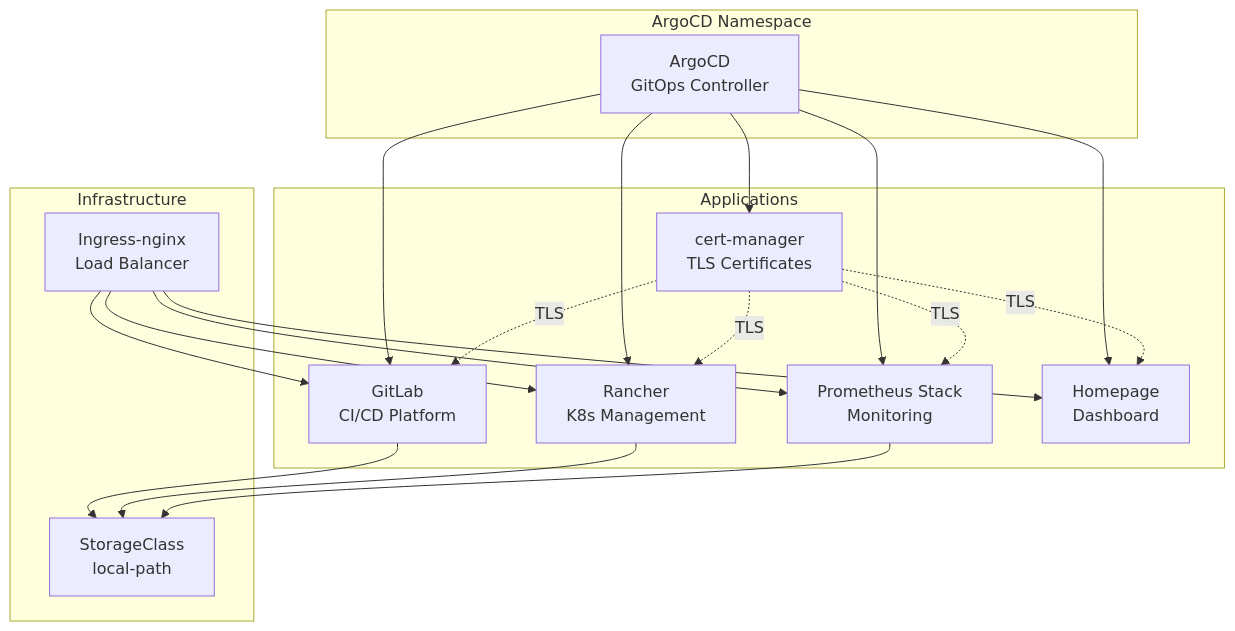
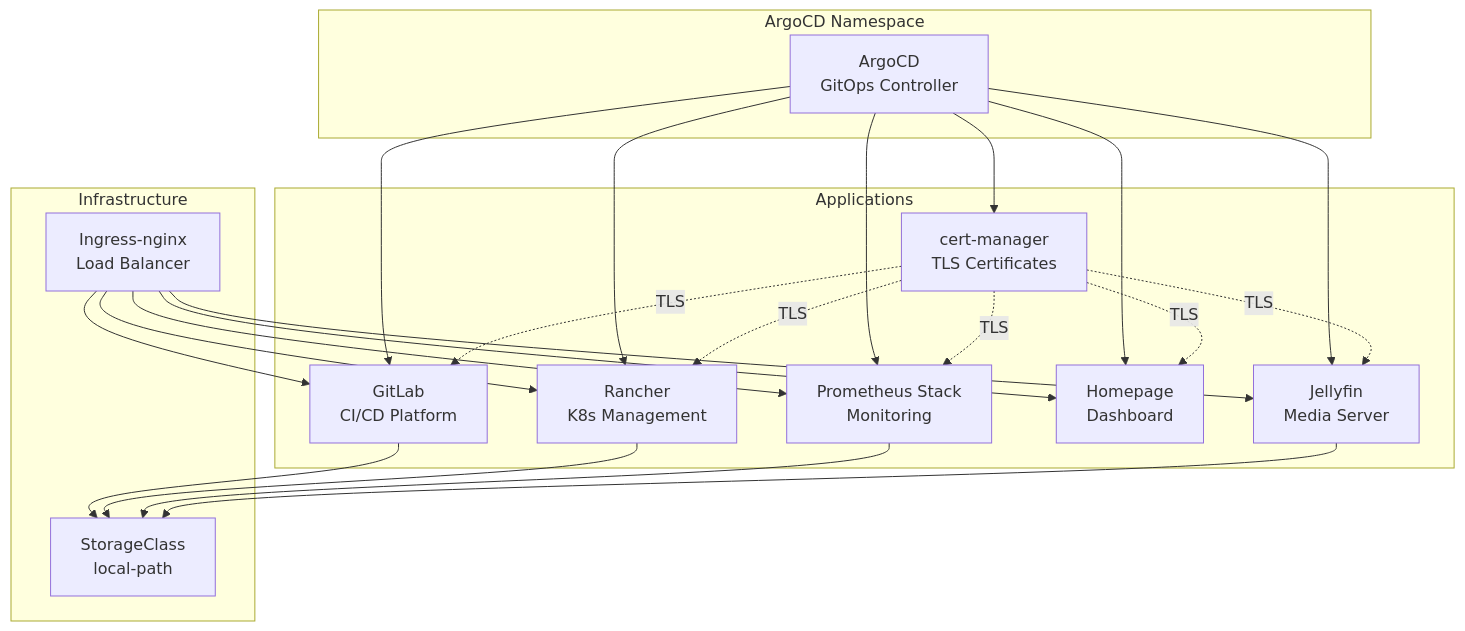
Before and after one commit to mistermedved01/lab-home: the diagram in 03-argocd/README.md, drawn with Mermaid. The commit also changed other lines of this file and 8 other files, not shown here.

````diff
--- a/03-argocd/README.md
+++ b/03-argocd/README.md
@@ -325,39 +355,44 @@
 ```mermaid
 graph TB
     subgraph "ArgoCD Namespace"
         ArgoCD[ArgoCD<br/>GitOps Controller]
     end
     
     subgraph "Applications"
         CertManager[cert-manager<br/>TLS Certificates]
         GitLab[GitLab<br/>CI/CD Platform]
         Rancher[Rancher<br/>K8s Management]
         Prometheus[Prometheus Stack<br/>Monitoring]
         Homepage[Homepage<br/>Dashboard]
+        Jellyfin[Jellyfin<br/>Media Server]
     end
     
     subgraph "Infrastructure"
         Ingress[Ingress-nginx<br/>Load Balancer]
         Storage[StorageClass<br/>local-path]
     end
     
     ArgoCD --> CertManager
     ArgoCD --> GitLab
     ArgoCD --> Rancher
     ArgoCD --> Prometheus
     ArgoCD --> Homepage
+    ArgoCD --> Jellyfin
     
     CertManager -.->|TLS| GitLab
     CertManager -.->|TLS| Rancher
     CertManager -.->|TLS| Prometheus
     CertManager -.->|TLS| Homepage
+    CertManager -.->|TLS| Jellyfin
     
     Ingress --> GitLab
     Ingress --> Rancher
     Ingress --> Prometheus
     Ingress --> Homepage
+    Ingress --> Jellyfin
     
     GitLab --> Storage
     Rancher --> Storage
     Prometheus --> Storage
+    Jellyfin --> Storage
 ```
````
